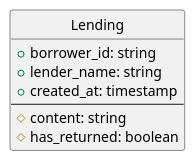
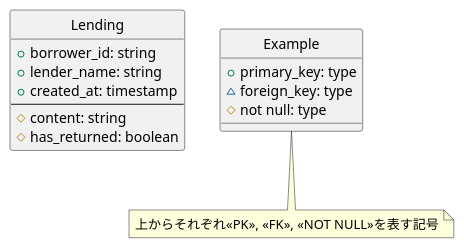
The diagram in document/er.puml (TOMOFUMI-KONDO/intern-line-bot), drawn with PlantUML before and after one commit. The commit also changed 1 other file, not shown here.

Commit message:
Add example entity

```diff
--- a/document/er.puml
+++ b/document/er.puml
@@ -1,15 +1,22 @@
 @startuml
 
 hide circle
 skinparam inetype ortho
 
 entity Lending {
     +borrower_id: string
     +lender_name: string
     +created_at: timestamp
     --
     #content: string
     #has_returned: boolean
 }
 
+entity Example {
+    +primary_key: type
+    ~foreign_key: type
+    #not null: type
+}
+note bottom: 上からそれぞれ<<PK>>, <<FK>>, <<NOT NULL>>を表す記号
+
 @enduml
```
